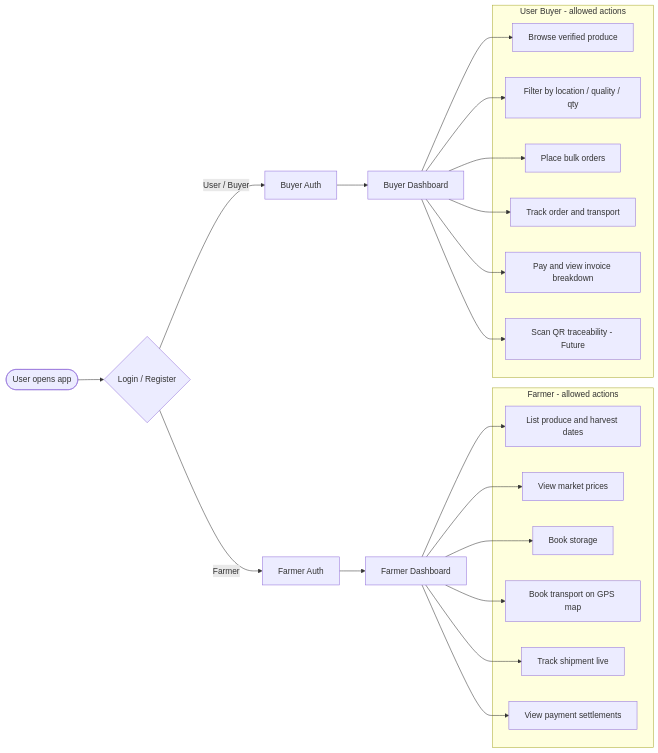
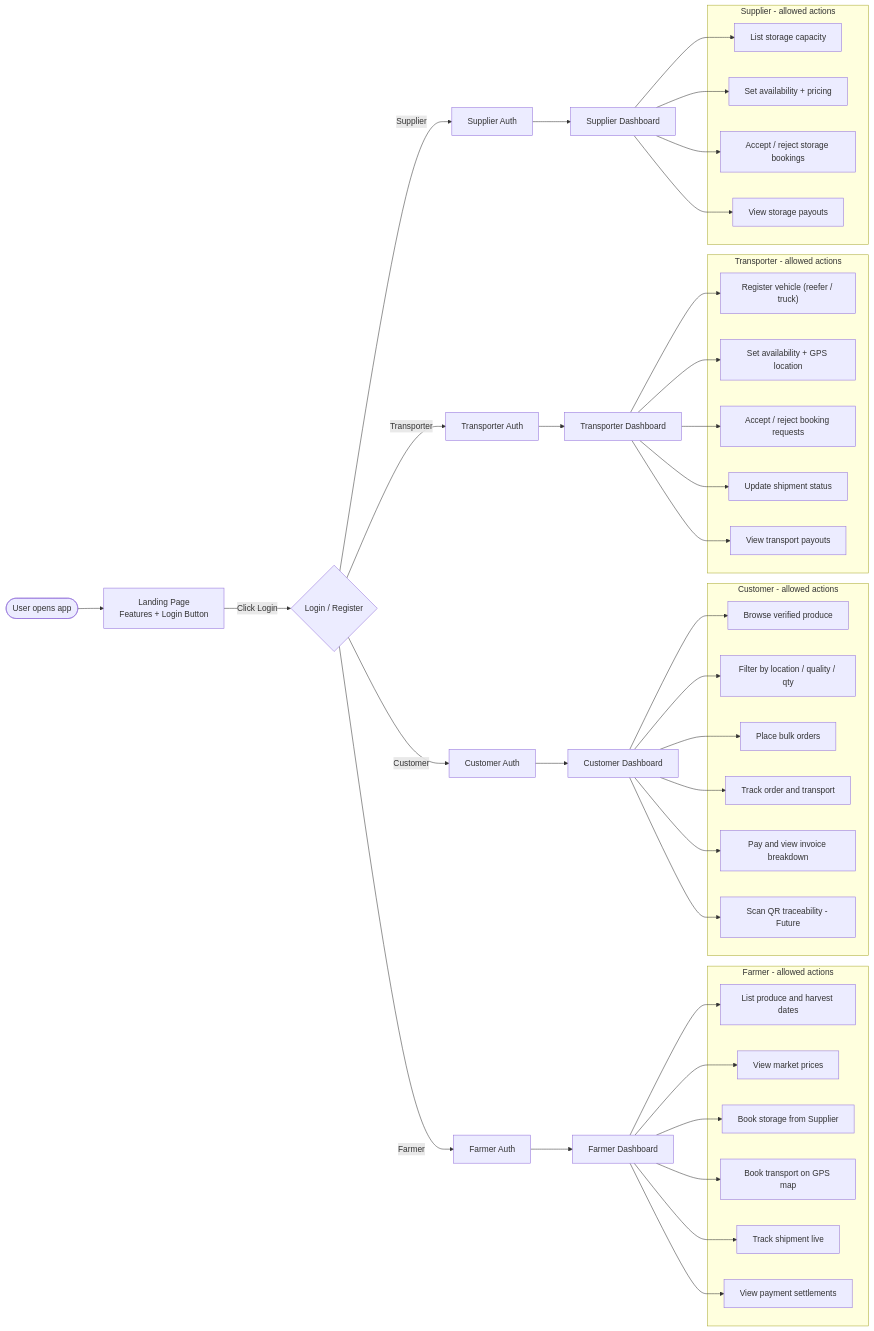
One commit to Kunal-Katkar/Cloud-Native-Food-Delivery-Platform changed the second of 5 diagrams in README.md. Above: the diagram before and after it, drawn with Mermaid. The commit also changed other lines of this file, not shown here.

````diff
--- a/README.md
+++ b/README.md
@@ -91,42 +175,73 @@
 ```mermaid
 flowchart LR
-    START(["User opens app"]) --> AUTH{"Login / Register"}
+    START(["User opens app"]) --> LAND["Landing Page<br/>Features + Login Button"]
+    LAND -->|"Click Login"| AUTH{"Login / Register"}
 
     AUTH -->|Farmer| F_AUTH["Farmer Auth"]
-    AUTH -->|"User / Buyer"| U_AUTH["Buyer Auth"]
+    AUTH -->|Customer| C_AUTH["Customer Auth"]
+    AUTH -->|Transporter| T_AUTH["Transporter Auth"]
+    AUTH -->|Supplier| S_AUTH["Supplier Auth"]
 
     F_AUTH --> F_DASH["Farmer Dashboard"]
-    U_AUTH --> U_DASH["Buyer Dashboard"]
+    C_AUTH --> C_DASH["Customer Dashboard"]
+    T_AUTH --> T_DASH["Transporter Dashboard"]
+    S_AUTH --> S_DASH["Supplier Dashboard"]
 
     subgraph FarmerAccess["Farmer - allowed actions"]
         F1["List produce and harvest dates"]
         F2["View market prices"]
-        F3["Book storage"]
+        F3["Book storage from Supplier"]
         F4["Book transport on GPS map"]
         F5["Track shipment live"]
         F6["View payment settlements"]
     end
 
-    subgraph BuyerAccess["User Buyer - allowed actions"]
-        U1["Browse verified produce"]
-        U2["Filter by location / quality / qty"]
-        U3["Place bulk orders"]
-        U4["Track order and transport"]
-        U5["Pay and view invoice breakdown"]
-        U6["Scan QR traceability - Future"]
+    subgraph CustomerAccess["Customer - allowed actions"]
+        C1["Browse verified produce"]
+        C2["Filter by location / quality / qty"]
+        C3["Place bulk orders"]
+        C4["Track order and transport"]
+        C5["Pay and view invoice breakdown"]
+        C6["Scan QR traceability - Future"]
+    end
+
+    subgraph TransporterAccess["Transporter - allowed actions"]
+        T1["Register vehicle (reefer / truck)"]
+        T2["Set availability + GPS location"]
+        T3["Accept / reject booking requests"]
+        T4["Update shipment status"]
+        T5["View transport payouts"]
+    end
+
+    subgraph SupplierAccess["Supplier - allowed actions"]
+        S1["List storage capacity"]
+        S2["Set availability + pricing"]
+        S3["Accept / reject storage bookings"]
+        S4["View storage payouts"]
     end
 
     F_DASH --> F1
     F_DASH --> F2
     F_DASH --> F3
     F_DASH --> F4
     F_DASH --> F5
     F_DASH --> F6
 
-    U_DASH --> U1
-    U_DASH --> U2
-    U_DASH --> U3
-    U_DASH --> U4
-    U_DASH --> U5
-    U_DASH --> U6
+    C_DASH --> C1
+    C_DASH --> C2
+    C_DASH --> C3
+    C_DASH --> C4
+    C_DASH --> C5
+    C_DASH --> C6
+
+    T_DASH --> T1
+    T_DASH --> T2
+    T_DASH --> T3
+    T_DASH --> T4
+    T_DASH --> T5
+
+    S_DASH --> S1
+    S_DASH --> S2
+    S_DASH --> S3
+    S_DASH --> S4
 ```
````
